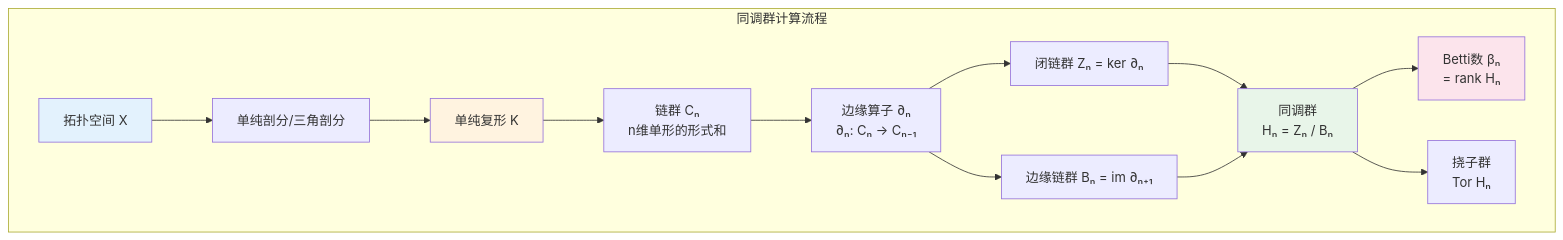
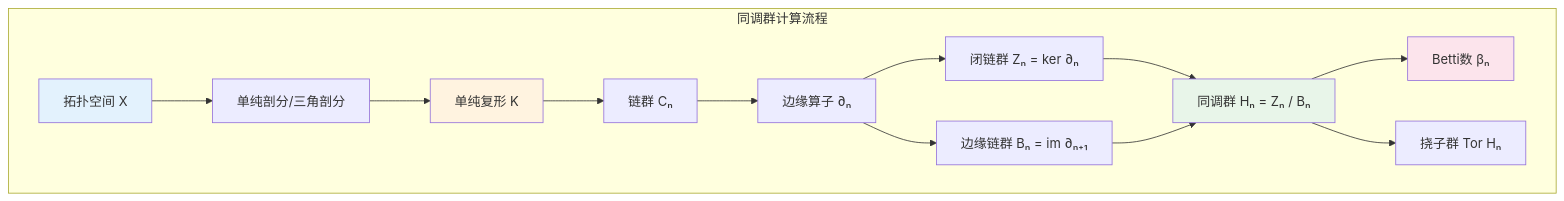
One commit to AdaMartin18010/FormalMath changed the diagram in docs/visualizations/概念/拓扑学/07-同调群计算流程图.md. Above: the diagram before and after it, drawn with Mermaid. The commit also changed other lines of this file and 231 other files, not shown here.

````diff
--- a/docs/visualizations/概念/拓扑学/07-同调群计算流程图.md
+++ b/docs/visualizations/概念/拓扑学/07-同调群计算流程图.md
@@ -32,25 +75,24 @@
 ```mermaid
 graph TD
     subgraph 同调群计算流程
     A[拓扑空间 X] --> B[单纯剖分/三角剖分]
     B --> C[单纯复形 K]
     
-    C --> D[链群 Cₙ<br/>n维单形的形式和]
-    D --> E[边缘算子 ∂ₙ<br/>∂ₙ: Cₙ → Cₙ₋₁]
+    C --> D[链群 Cₙ]
+    D --> E[边缘算子 ∂ₙ]
     
     E --> F[闭链群 Zₙ = ker ∂ₙ]
     E --> G[边缘链群 Bₙ = im ∂ₙ₊₁]
     
-    F --> H[同调群<br/>Hₙ = Zₙ / Bₙ]
+    F --> H[同调群 Hₙ = Zₙ / Bₙ]
     G --> H
     
-    H --> I[Betti数 βₙ<br/>= rank Hₙ]
-    H --> J[挠子群<br/>Tor Hₙ]
+    H --> I[Betti数 βₙ]
+    H --> J[挠子群 Tor Hₙ]
     end
     
     style A fill:#e3f2fd
     style C fill:#fff3e0
     style H fill:#e8f5e9
     style I fill:#fce4ec
-
 ```
````
